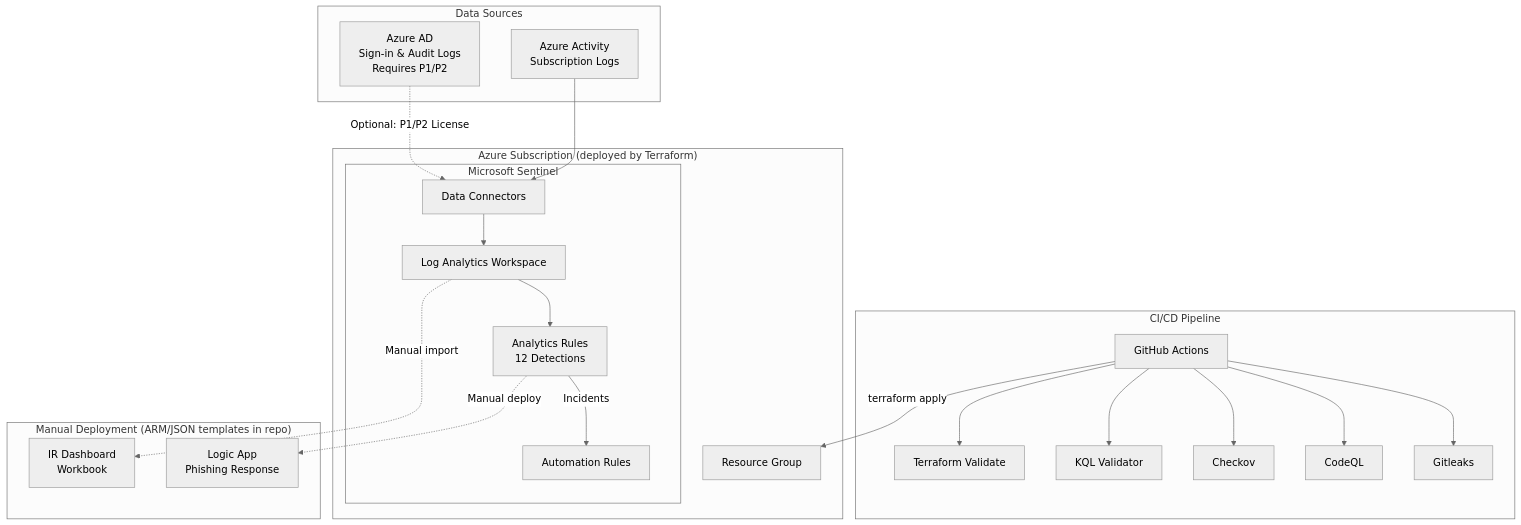
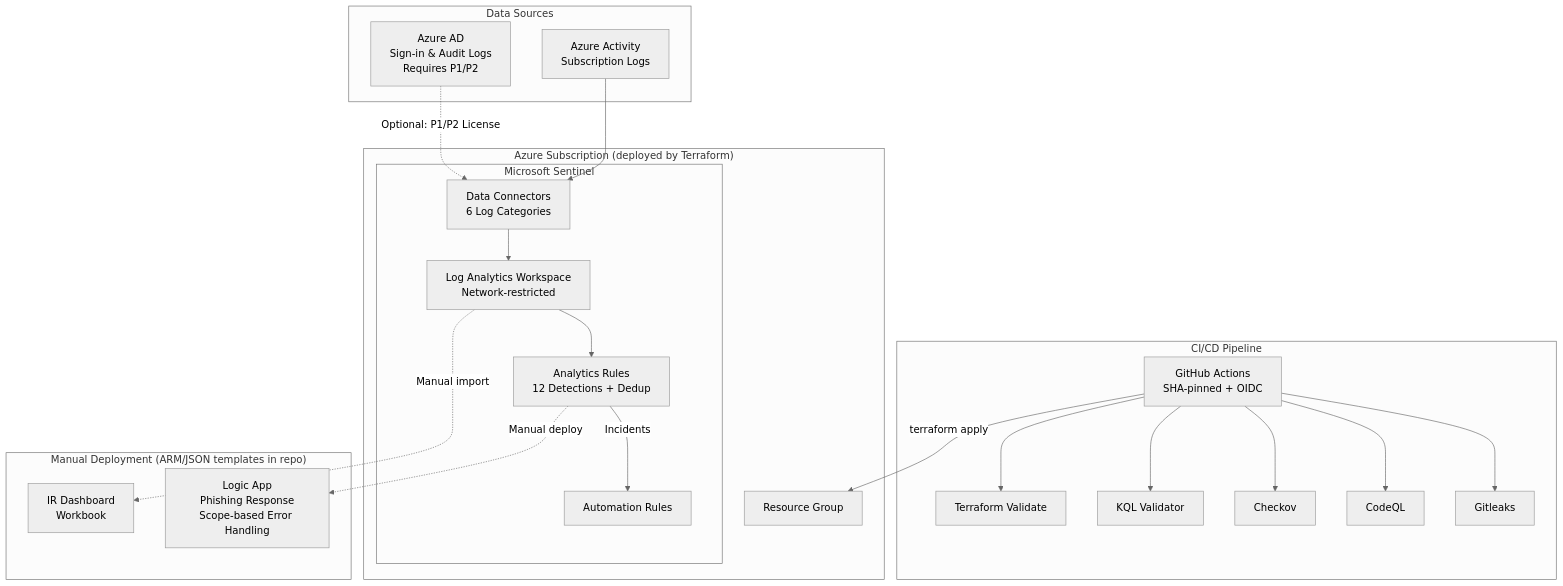
Before and after one commit to n1ops/sentinel-detection-lab: the diagram in README.md, drawn with Mermaid (neutral theme). The commit also changed other lines of this file and 39 other files, not shown here.

````diff
--- a/README.md
+++ b/README.md
@@ -50,39 +50,39 @@
 ```mermaid
 graph TB
     subgraph "CI/CD Pipeline"
-        GH[GitHub Actions] --> GL[Gitleaks]
+        GH[GitHub Actions<br/>SHA-pinned + OIDC] --> GL[Gitleaks]
         GH --> CQ[CodeQL]
         GH --> CK[Checkov]
         GH --> VK[KQL Validator]
         GH --> TV[Terraform Validate]
     end
 
     subgraph "Azure Subscription (deployed by Terraform)"
         RG[Resource Group]
         subgraph "Microsoft Sentinel"
-            LAW[Log Analytics Workspace]
-            DC[Data Connectors]
-            AR[Analytics Rules<br/>12 Detections]
+            LAW[Log Analytics Workspace<br/>Network-restricted]
+            DC[Data Connectors<br/>6 Log Categories]
+            AR[Analytics Rules<br/>12 Detections + Dedup]
             AUTO[Automation Rules]
         end
     end
 
     subgraph "Manual Deployment (ARM/JSON templates in repo)"
-        LA[Logic App<br/>Phishing Response]
+        LA[Logic App<br/>Phishing Response<br/>Scope-based Error Handling]
         WB[IR Dashboard<br/>Workbook]
     end
 
     subgraph "Data Sources"
         AAD[Azure AD<br/>Sign-in & Audit Logs<br/>Requires P1/P2]
         AZ[Azure Activity<br/>Subscription Logs]
     end
 
     GH -->|terraform apply| RG
     AAD -.->|Optional: P1/P2 License| DC
     AZ --> DC
     DC --> LAW
     LAW --> AR
     AR -->|Incidents| AUTO
     AR -.->|Manual deploy| LA
     LAW -.->|Manual import| WB
 ```
````
